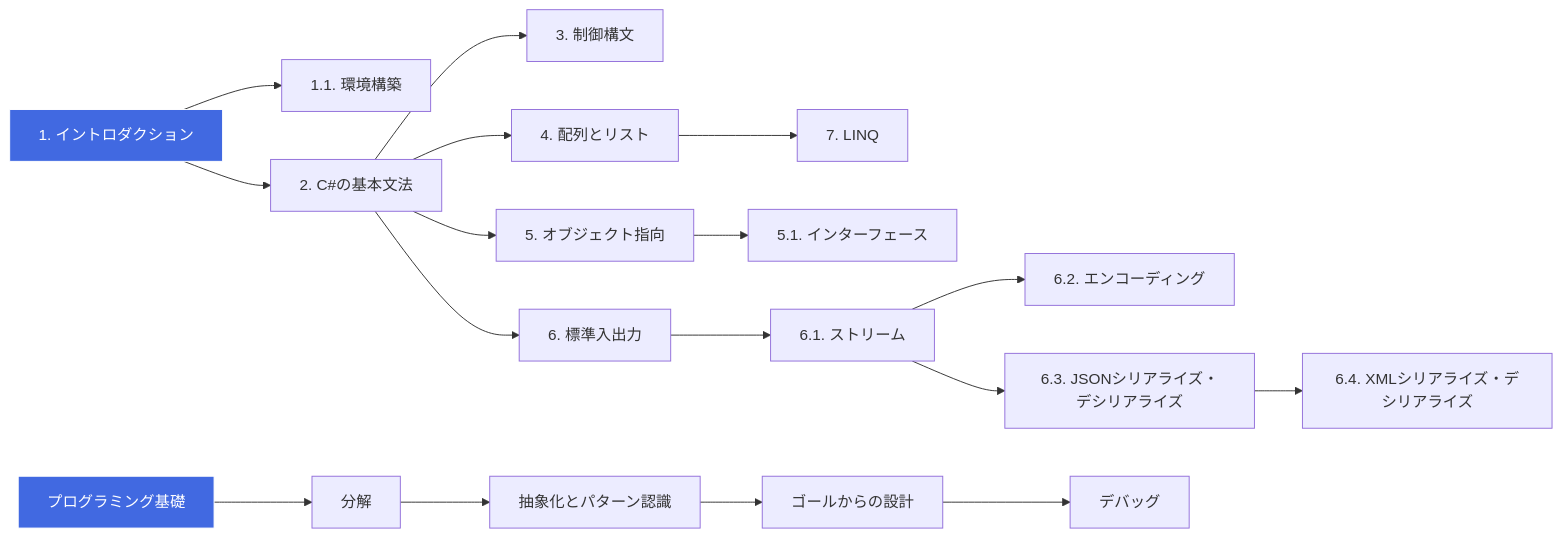
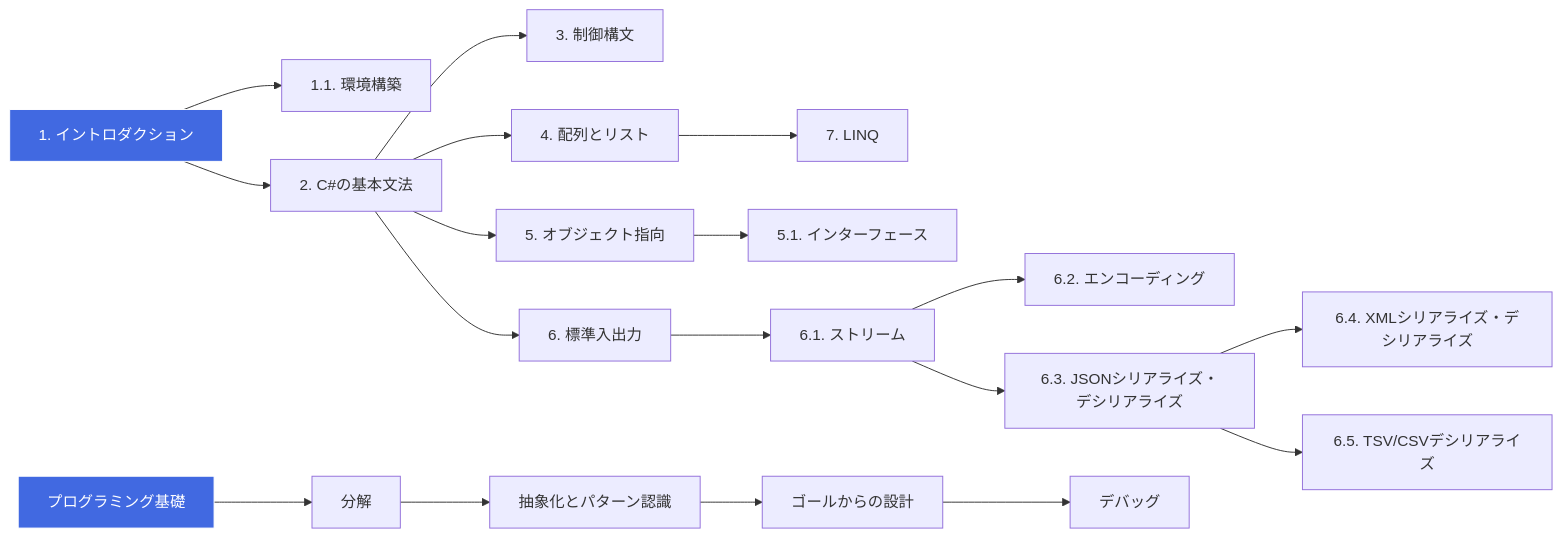
The diagram in README.md (h0r1-m/csharp_zoro_to_hero), drawn with Mermaid before and after one commit. The commit also changed other lines of this file and 1 other file, not shown here.

Commit message:
TSV/CSVデシリアライズ

````diff
--- a/README.md
+++ b/README.md
@@ -16,21 +16,22 @@
 ```mermaid
 flowchart LR
   S1[1. イントロダクション] --> S11[1.1. 環境構築]
   S1 --> S2[2. C#の基本文法]
   S2 --> S3[3. 制御構文]
   S2 --> S4[4. 配列とリスト]
   S4 --> S7[7. LINQ]
   S2 --> S5[5. オブジェクト指向]
   S5 --> S51[5.1. インターフェース]
   S2 --> S6[6. 標準入出力]
   S6 --> S61[6.1. ストリーム]
   S61 --> S62[6.2. エンコーディング]
   S61 --> S63[6.3. JSONシリアライズ・デシリアライズ]
   S63 --> S64[6.4. XMLシリアライズ・デシリアライズ]
+  S63 --> S65[6.5. TSV/CSVデシリアライズ]
   P0[プログラミング基礎] --> P1[分解]
   P1 --> P2[抽象化とパターン認識]
   P2 --> P3[ゴールからの設計]
   P3 --> P4[デバッグ]
   style S1 fill:#4169e1,stroke:#fff,color:#fff
   style P0 fill:#4169e1,stroke:#fff,color:#fff
 ```
````
